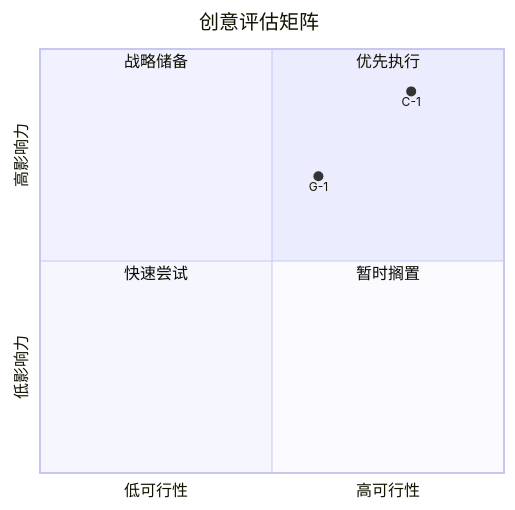
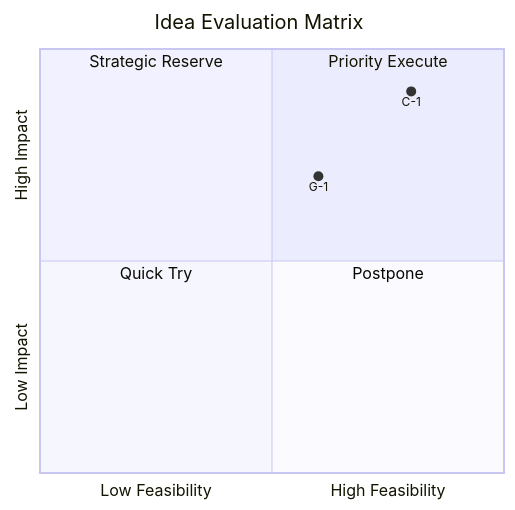
The second of 2 diagrams in plugins/brainstorm/skills/idea-evaluator/SKILL.md (zengwenliang416/my-plugins), drawn with Mermaid before and after one commit. The commit also changed other lines of this file and 3 other files, not shown here.

````diff
--- a/plugins/brainstorm/skills/idea-evaluator/SKILL.md
+++ b/plugins/brainstorm/skills/idea-evaluator/SKILL.md
@@ -182,12 +137,12 @@
 ```mermaid
 quadrantChart
-    title 创意评估矩阵
-    x-axis 低可行性 --> 高可行性
-    y-axis 低影响力 --> 高影响力
-    quadrant-1 优先执行
-    quadrant-2 战略储备
-    quadrant-3 快速尝试
-    quadrant-4 暂时搁置
+    title Idea Evaluation Matrix
+    x-axis Low Feasibility --> High Feasibility
+    y-axis Low Impact --> High Impact
+    quadrant-1 Priority Execute
+    quadrant-2 Strategic Reserve
+    quadrant-3 Quick Try
+    quadrant-4 Postpone
     C-1: [0.8, 0.9]
     G-1: [0.6, 0.7]
 ```
````
